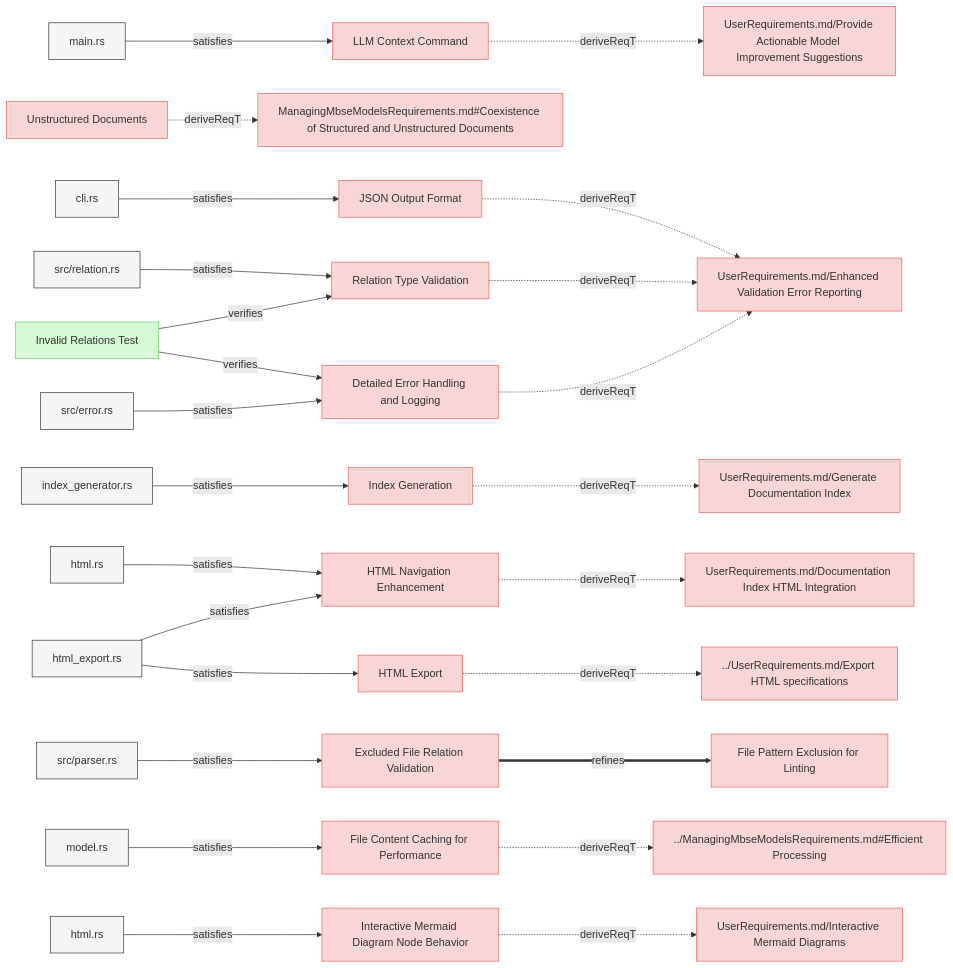
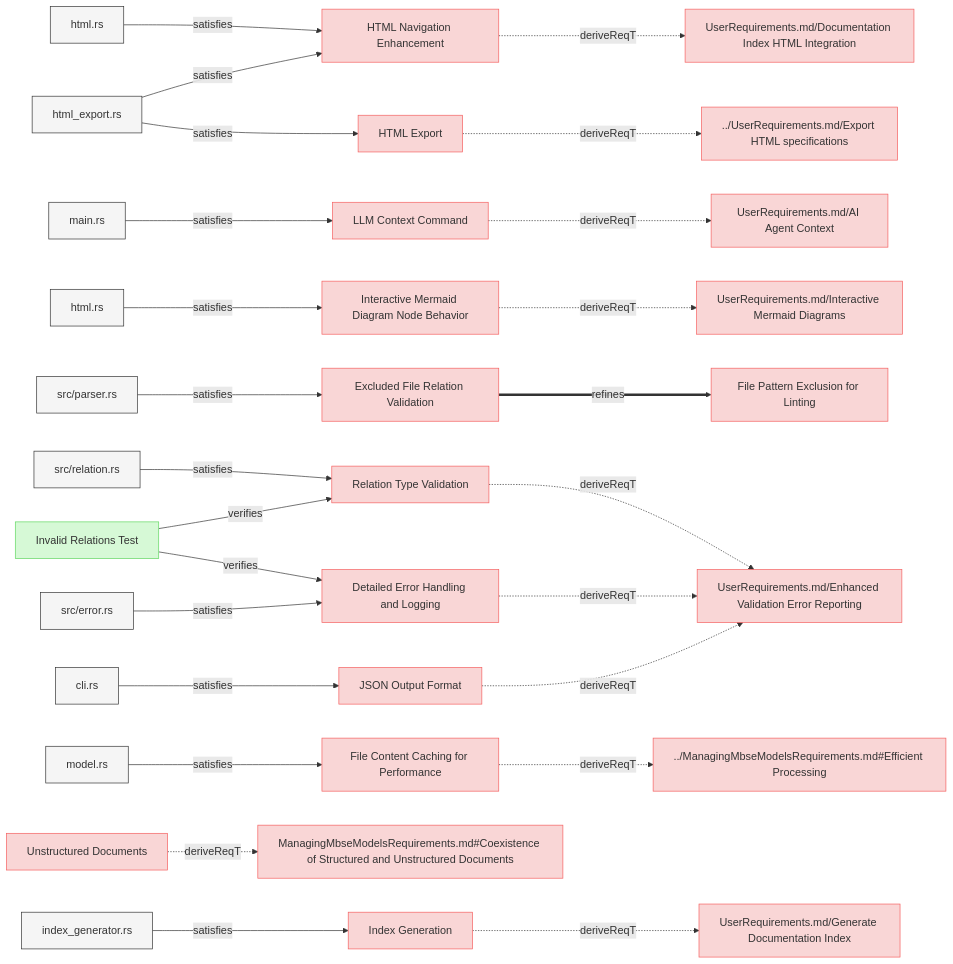
The third of 8 diagrams in specifications/SystemRequirements/Requirements.md (reqvire-org/reqvire), drawn with Mermaid before and after one commit. The commit also changed 7 other files, not shown here.

Commit message:
Updated diagrams.

````diff
--- a/specifications/SystemRequirements/Requirements.md
+++ b/specifications/SystemRequirements/Requirements.md
@@ -250,58 +250,6 @@
   classDef externalLink fill:#d0e0ff,stroke:#3080ff,stroke-width:1px;
   classDef default fill:#f5f5f5,stroke:#333333,stroke-width:1px;
 
-  8ba9c7e059["LLM Context Command"];
-  click 8ba9c7e059 "Requirements.md#llm-context-command";
-  class 8ba9c7e059 requirement;
-  ec56dd665a["UserRequirements.md/Provide Actionable Model Improvement Suggestions"];
-  class ec56dd665a requirement;
-  click ec56dd665a "../UserRequirements.md#provide-actionable-model-improvement-suggestions";
-  8ba9c7e059 -.->|deriveReqT| ec56dd665a;
-  4a5edefd6e["main.rs"];
-  class 4a5edefd6e default;
-  click 4a5edefd6e "../../cli/src/main.rs";
-  4a5edefd6e -->|satisfies| 8ba9c7e059;
-  5a1719a264["Unstructured Documents"];
-  click 5a1719a264 "Requirements.md#unstructured-documents";
-  class 5a1719a264 requirement;
-  daadd8e583["ManagingMbseModelsRequirements.md#Coexistence of Structured and Unstructured Documents"];
-  class daadd8e583 requirement;
-  click daadd8e583 "../ManagingMbseModelsRequirements.md#coexistence-of-structured-and-unstructured-documents";
-  5a1719a264 -.->|deriveReqT| daadd8e583;
-  5ec6a2668b["JSON Output Format"];
-  click 5ec6a2668b "Requirements.md#json-output-format";
-  class 5ec6a2668b requirement;
-  7cf5cf9900["UserRequirements.md/Enhanced Validation Error Reporting"];
-  class 7cf5cf9900 requirement;
-  click 7cf5cf9900 "../UserRequirements.md#enhanced-validation-error-reporting";
-  5ec6a2668b -.->|deriveReqT| 7cf5cf9900;
-  11ffc4632a["cli.rs"];
-  class 11ffc4632a default;
-  click 11ffc4632a "../../cli/src/cli.rs";
-  11ffc4632a -->|satisfies| 5ec6a2668b;
-  8acd24c7c2["Index Generation"];
-  click 8acd24c7c2 "Requirements.md#index-generation";
-  class 8acd24c7c2 requirement;
-  f5b5eaeb28["UserRequirements.md/Generate Documentation Index"];
-  class f5b5eaeb28 requirement;
-  click f5b5eaeb28 "../UserRequirements.md#generate-documentation-index";
-  8acd24c7c2 -.->|deriveReqT| f5b5eaeb28;
-  3ef6afafe2["index_generator.rs"];
-  class 3ef6afafe2 default;
-  click 3ef6afafe2 "../../core/src/index_generator.rs";
-  3ef6afafe2 -->|satisfies| 8acd24c7c2;
-  5870488e00["Relation Type Validation"];
-  click 5870488e00 "Requirements.md#relation-type-validation";
-  class 5870488e00 requirement;
-  5870488e00 -.->|deriveReqT| 7cf5cf9900;
-  ed4f94bde9["src/relation.rs"];
-  class ed4f94bde9 default;
-  click ed4f94bde9 "../../core/src/relation.rs";
-  ed4f94bde9 -->|satisfies| 5870488e00;
-  fbf9362574["Invalid Relations Test"];
-  class fbf9362574 verification;
-  click fbf9362574 "../Verifications/ValidationTests.md#invalid-relations-test";
-  fbf9362574 -->|verifies| 5870488e00;
   86e0701b6c["HTML Navigation Enhancement"];
   click 86e0701b6c "Requirements.md#html-navigation-enhancement";
   class 86e0701b6c requirement;
@@ -317,6 +265,28 @@
   class 8cb11d152f default;
   click 8cb11d152f "../../core/src/html_export.rs";
   8cb11d152f -->|satisfies| 86e0701b6c;
+  8ba9c7e059["LLM Context Command"];
+  click 8ba9c7e059 "Requirements.md#llm-context-command";
+  class 8ba9c7e059 requirement;
+  5a6fc253c5["UserRequirements.md/AI Agent Context"];
+  class 5a6fc253c5 requirement;
+  click 5a6fc253c5 "../UserRequirements.md#ai-agent-context";
+  8ba9c7e059 -.->|deriveReqT| 5a6fc253c5;
+  4a5edefd6e["main.rs"];
+  class 4a5edefd6e default;
+  click 4a5edefd6e "../../cli/src/main.rs";
+  4a5edefd6e -->|satisfies| 8ba9c7e059;
+  7a8da8dfee["Interactive Mermaid Diagram Node Behavior"];
+  click 7a8da8dfee "Requirements.md#interactive-mermaid-diagram-node-behavior";
+  class 7a8da8dfee requirement;
+  e867499409["UserRequirements.md/Interactive Mermaid Diagrams"];
+  class e867499409 requirement;
+  click e867499409 "../UserRequirements.md#interactive-mermaid-diagrams";
+  7a8da8dfee -.->|deriveReqT| e867499409;
+  d4240e2969["html.rs"];
+  class d4240e2969 default;
+  click d4240e2969 "../../core/src/diagrams.rs";
+  d4240e2969 -->|satisfies| 7a8da8dfee;
   c8b6ccc187["HTML Export"];
   click c8b6ccc187 "Requirements.md#html-export";
   class c8b6ccc187 requirement;
@@ -325,15 +295,6 @@
   click 72c7eda618 "../UserRequirements.md#export-html-specifications";
   c8b6ccc187 -.->|deriveReqT| 72c7eda618;
   8cb11d152f -->|satisfies| c8b6ccc187;
-  bdfd9d65e4["Detailed Error Handling and Logging"];
-  click bdfd9d65e4 "Requirements.md#detailed-error-handling-and-logging";
-  class bdfd9d65e4 requirement;
-  bdfd9d65e4 -.->|deriveReqT| 7cf5cf9900;
-  8cd8a561b4["src/error.rs"];
-  class 8cd8a561b4 default;
-  click 8cd8a561b4 "../../core/src/error.rs";
-  8cd8a561b4 -->|satisfies| bdfd9d65e4;
-  fbf9362574 -->|verifies| bdfd9d65e4;
   c5c85bedd1["Excluded File Relation Validation"];
   click c5c85bedd1 "Requirements.md#excluded-file-relation-validation";
   class c5c85bedd1 requirement;
@@ -345,6 +306,21 @@
   class 3b1e87396c default;
   click 3b1e87396c "../../core/src/parser.rs";
   3b1e87396c -->|satisfies| c5c85bedd1;
+  5870488e00["Relation Type Validation"];
+  click 5870488e00 "Requirements.md#relation-type-validation";
+  class 5870488e00 requirement;
+  7cf5cf9900["UserRequirements.md/Enhanced Validation Error Reporting"];
+  class 7cf5cf9900 requirement;
+  click 7cf5cf9900 "../UserRequirements.md#enhanced-validation-error-reporting";
+  5870488e00 -.->|deriveReqT| 7cf5cf9900;
+  ed4f94bde9["src/relation.rs"];
+  class ed4f94bde9 default;
+  click ed4f94bde9 "../../core/src/relation.rs";
+  ed4f94bde9 -->|satisfies| 5870488e00;
+  fbf9362574["Invalid Relations Test"];
+  class fbf9362574 verification;
+  click fbf9362574 "../Verifications/ValidationTests.md#invalid-relations-test";
+  fbf9362574 -->|verifies| 5870488e00;
   98bd2bd6bd["File Content Caching for Performance"];
   click 98bd2bd6bd "Requirements.md#file-content-caching-for-performance";
   class 98bd2bd6bd requirement;
@@ -356,15 +332,39 @@
   class 6136c216c9 default;
   click 6136c216c9 "../../core/src/model.rs";
   6136c216c9 -->|satisfies| 98bd2bd6bd;
-  7a8da8dfee["Interactive Mermaid Diagram Node Behavior"];
-  click 7a8da8dfee "Requirements.md#interactive-mermaid-diagram-node-behavior";
-  class 7a8da8dfee requirement;
-  e867499409["UserRequirements.md/Interactive Mermaid Diagrams"];
-  class e867499409 requirement;
-  click e867499409 "../UserRequirements.md#interactive-mermaid-diagrams";
-  7a8da8dfee -.->|deriveReqT| e867499409;
-  d4240e2969["html.rs"];
-  class d4240e2969 default;
-  click d4240e2969 "../../core/src/diagrams.rs";
-  d4240e2969 -->|satisfies| 7a8da8dfee;
+  8acd24c7c2["Index Generation"];
+  click 8acd24c7c2 "Requirements.md#index-generation";
+  class 8acd24c7c2 requirement;
+  f5b5eaeb28["UserRequirements.md/Generate Documentation Index"];
+  class f5b5eaeb28 requirement;
+  click f5b5eaeb28 "../UserRequirements.md#generate-documentation-index";
+  8acd24c7c2 -.->|deriveReqT| f5b5eaeb28;
+  3ef6afafe2["index_generator.rs"];
+  class 3ef6afafe2 default;
+  click 3ef6afafe2 "../../core/src/index_generator.rs";
+  3ef6afafe2 -->|satisfies| 8acd24c7c2;
+  bdfd9d65e4["Detailed Error Handling and Logging"];
+  click bdfd9d65e4 "Requirements.md#detailed-error-handling-and-logging";
+  class bdfd9d65e4 requirement;
+  bdfd9d65e4 -.->|deriveReqT| 7cf5cf9900;
+  8cd8a561b4["src/error.rs"];
+  class 8cd8a561b4 default;
+  click 8cd8a561b4 "../../core/src/error.rs";
+  8cd8a561b4 -->|satisfies| bdfd9d65e4;
+  fbf9362574 -->|verifies| bdfd9d65e4;
+  5a1719a264["Unstructured Documents"];
+  click 5a1719a264 "Requirements.md#unstructured-documents";
+  class 5a1719a264 requirement;
+  daadd8e583["ManagingMbseModelsRequirements.md#Coexistence of Structured and Unstructured Documents"];
+  class daadd8e583 requirement;
+  click daadd8e583 "../ManagingMbseModelsRequirements.md#coexistence-of-structured-and-unstructured-documents";
+  5a1719a264 -.->|deriveReqT| daadd8e583;
+  5ec6a2668b["JSON Output Format"];
+  click 5ec6a2668b "Requirements.md#json-output-format";
+  class 5ec6a2668b requirement;
+  5ec6a2668b -.->|deriveReqT| 7cf5cf9900;
+  11ffc4632a["cli.rs"];
+  class 11ffc4632a default;
+  click 11ffc4632a "../../cli/src/cli.rs";
+  11ffc4632a -->|satisfies| 5ec6a2668b;
 ```
````
